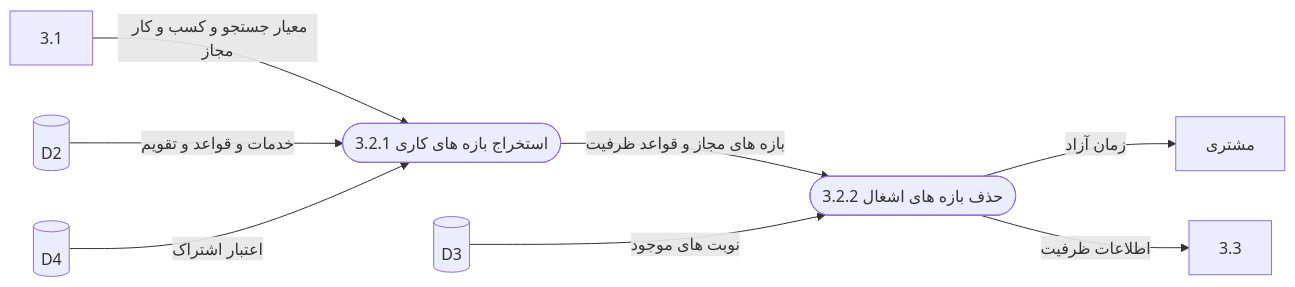
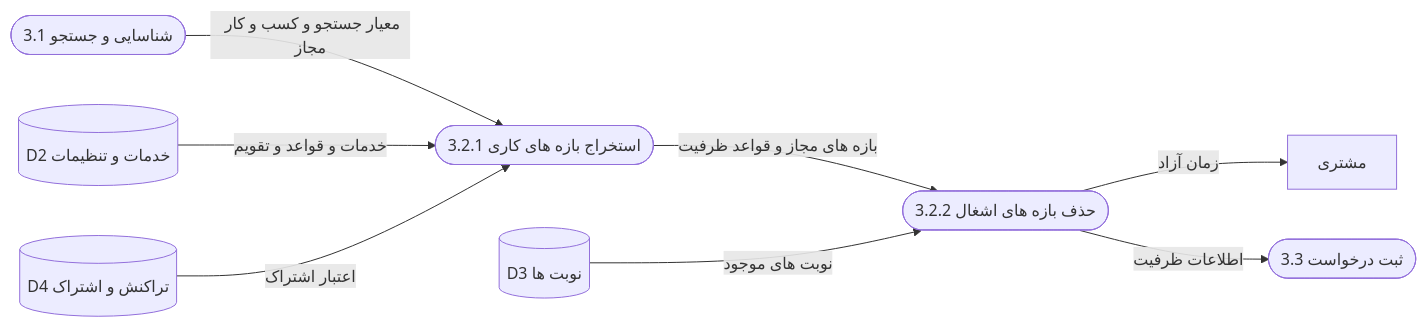
One commit to MahdiMb55/System-analysis-project changed the fourth of 8 diagrams in 07-process-modeling/README.md. Above: the diagram before and after it, drawn with Mermaid.

Commit message:
docs: clarify primitive DFD process and store labels

````diff
--- a/07-process-modeling/README.md
+++ b/07-process-modeling/README.md
@@ -162,10 +162,10 @@
 ```mermaid
 flowchart LR
- X[3.1] -->|معیار جستجو و کسب و کار مجاز| T([3.2.1 استخراج بازه های کاری])
- D2[(D2)] -->|خدمات و قواعد و تقویم| T
- D4[(D4)] -->|اعتبار اشتراک| T
+ X([3.1 شناسایی و جستجو]) -->|معیار جستجو و کسب و کار مجاز| T([3.2.1 استخراج بازه های کاری])
+ D2[(D2 خدمات و تنظیمات)] -->|خدمات و قواعد و تقویم| T
+ D4[(D4 تراکنش و اشتراک)] -->|اعتبار اشتراک| T
  T -->|بازه های مجاز و قواعد ظرفیت| U([3.2.2 حذف بازه های اشغال])
- D3[(D3)] -->|نوبت های موجود| U
+ D3[(D3 نوبت ها)] -->|نوبت های موجود| U
  U -->|زمان آزاد| C[مشتری]
- U -->|اطلاعات ظرفیت| Z[3.3]
+ U -->|اطلاعات ظرفیت| Z([3.3 ثبت درخواست])
 ```
````
